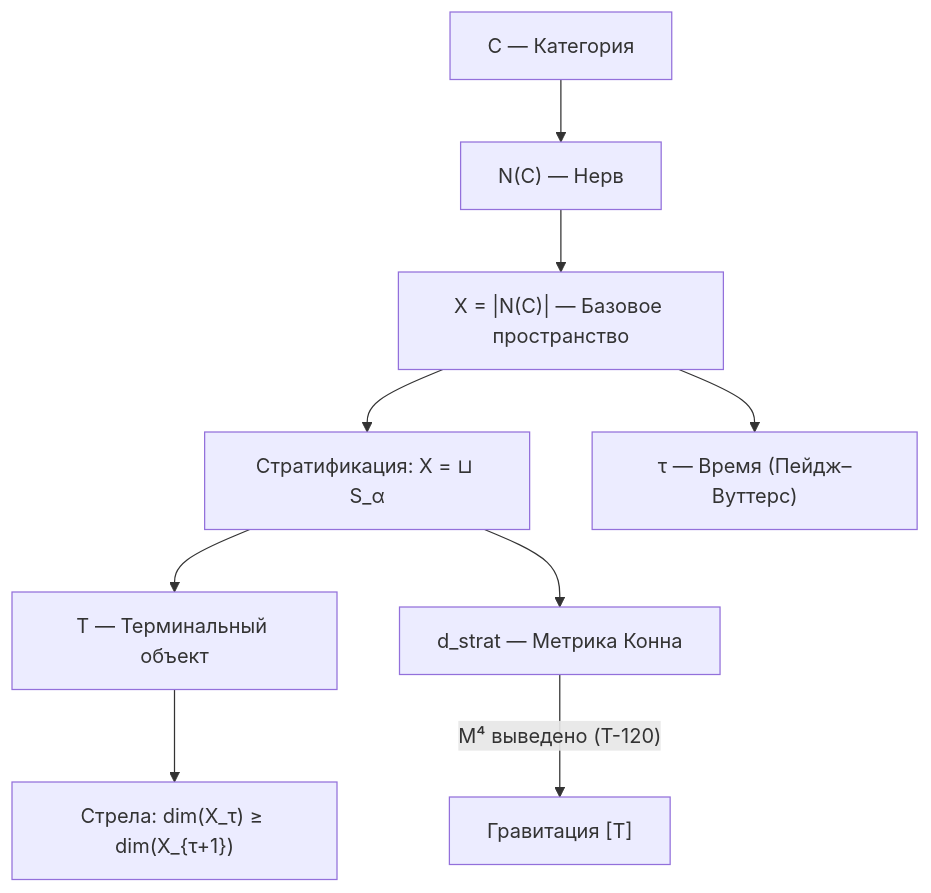
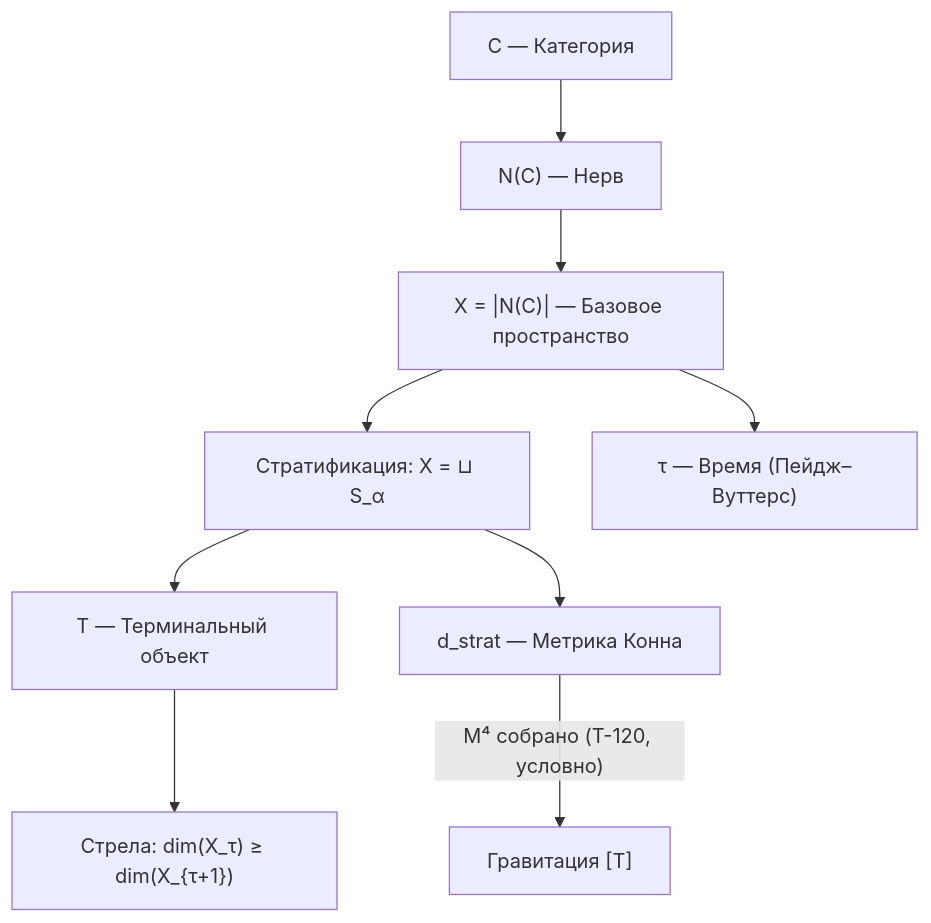
The diagram in website/i18n/ru/docusaurus-plugin-content-docs/current/core/foundations/spacetime.md (gst-st/uhm), drawn with Mermaid before and after one commit. The commit also changed other lines of this file and 40 other files, not shown here.

````diff
--- a/website/i18n/ru/docusaurus-plugin-content-docs/current/core/foundations/spacetime.md
+++ b/website/i18n/ru/docusaurus-plugin-content-docs/current/core/foundations/spacetime.md
@@ -426,21 +426,21 @@
 ```mermaid
 graph TD
  C["C — Категория"]
  N["N#40;C#41; — Нерв"]
  X["X = |N#40;C#41;| — Базовое пространство"]
  STRAT["Стратификация: X = ⊔ S_α"]
  T_OBJ["T — Терминальный объект"]
  DSTRAT["d_strat — Метрика Конна"]
  TIME["τ — Время #40;Пейдж–Вуттерс#41;"]
  ARROW["Стрела: dim#40;X_τ#41; ≥ dim#40;X_{τ+1}#41;"]
  GR["Гравитация #91;Т#93;"]
 
  C --> N
  N --> X
  X --> STRAT
  STRAT --> T_OBJ
  STRAT --> DSTRAT
  X --> TIME
  T_OBJ --> ARROW
- DSTRAT --> |"M⁴ выведено #40;T-120#41;"| GR
+ DSTRAT --> |"M⁴ собрано #40;T-120, условно#41;"| GR
 ```
````
